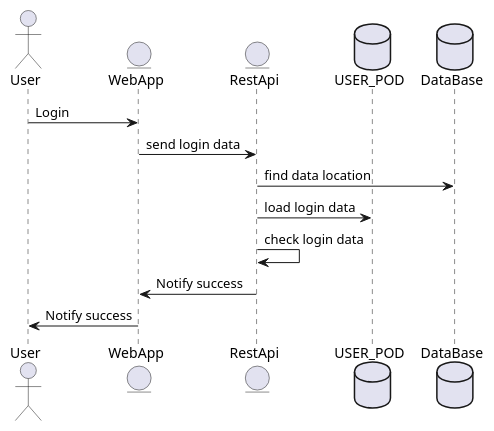
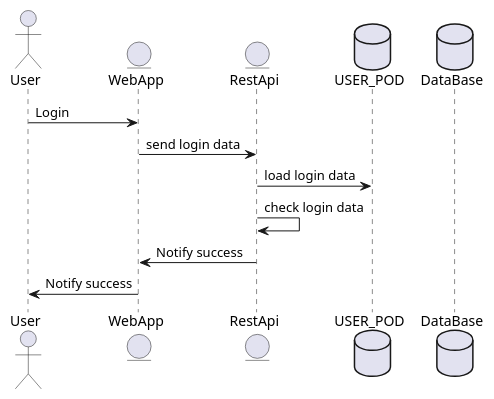
One commit to Arquisoft/dede_es3c changed the third of 10 diagrams in docs/06_runtime_view.adoc. Above: the diagram before and after it, drawn with PlantUML. The commit also changed other lines of this file, not shown here.

```diff
--- a/docs/06_runtime_view.adoc
+++ b/docs/06_runtime_view.adoc
@@ -26,17 +45,16 @@
-[plantuml,"LoginUser",png]
+[plantuml,"LoginUserPOD",png]
 ----
 @startuml
 actor User
 entity WebApp
 entity RestApi
 database USER_POD
 database DataBase
 User-> WebApp : Login
 WebApp-> RestApi : send login data
-RestApi -> DataBase : find data location
 RestApi -> USER_POD : load login data
 RestApi -> RestApi : check login data
 RestApi -> WebApp: Notify success
 WebApp-> User: Notify success
 @enduml
 ----
```
